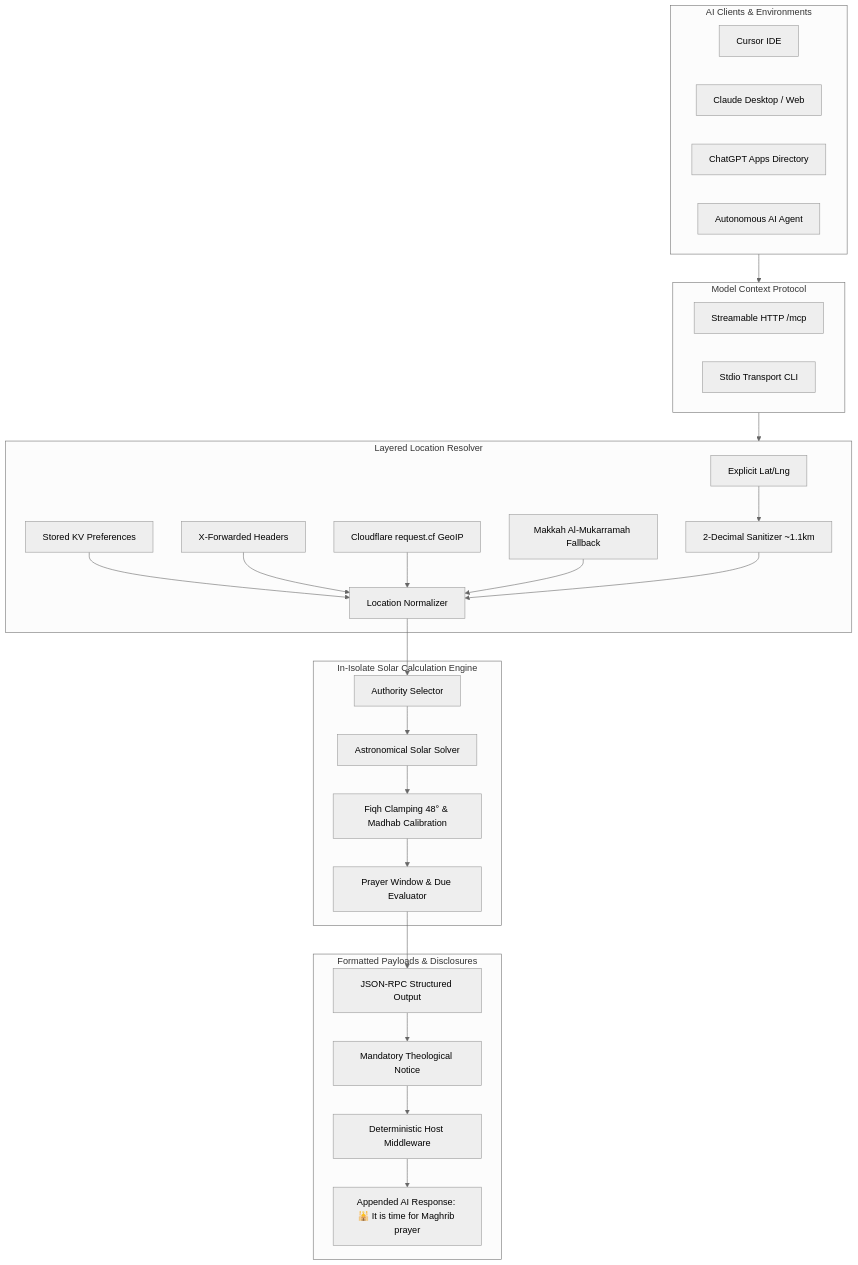
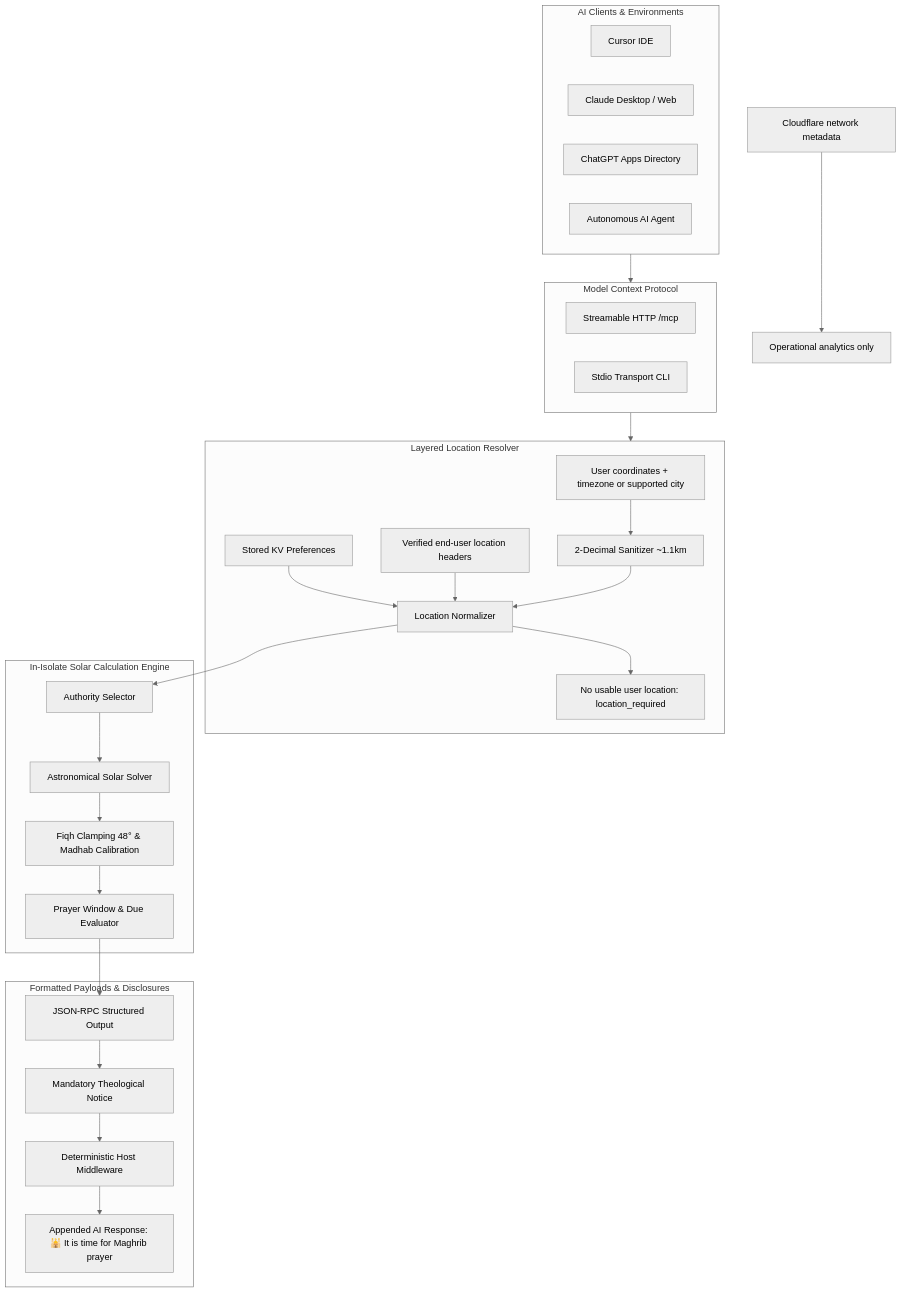
One commit to tareq7/muslim-prayer-mcp changed the diagram in README.md. Above: the diagram before and after it, drawn with Mermaid (neutral theme). The commit also changed other lines of this file and 33 other files, not shown here.

Commit message:
fix: require user location and disclose calculation adjustments

````diff
--- a/README.md
+++ b/README.md
@@ -90,40 +90,41 @@
 ```mermaid
 flowchart TD
     subgraph ClientLayer ["AI Clients & Environments"]
         Cursor["Cursor IDE"]
         Claude["Claude Desktop / Web"]
         ChatGPT["ChatGPT Apps Directory"]
         Agent["Autonomous AI Agent"]
     end
 
     subgraph TransportLayer ["Model Context Protocol"]
         HTTP["Streamable HTTP /mcp"]
         Stdio["Stdio Transport CLI"]
     end
 
     subgraph ResolverLayer ["Layered Location Resolver"]
-        Explicit["Explicit Lat/Lng"] --> Truncate["2-Decimal Sanitizer ~1.1km"]
+        Explicit["User coordinates + timezone or supported city"] --> Truncate["2-Decimal Sanitizer ~1.1km"]
         UserPref["Stored KV Preferences"] --> Resolver["Location Normalizer"]
-        Headers["X-Forwarded Headers"] --> Resolver
-        GeoIP["Cloudflare request.cf GeoIP"] --> Resolver
-        Fallback["Makkah Al-Mukarramah Fallback"] --> Resolver
+        Headers["Verified end-user location headers"] --> Resolver
+        Resolver --> Missing["No usable user location: location_required"]
         Truncate --> Resolver
     end
+
+    GeoIP["Cloudflare network metadata"] --> Analytics["Operational analytics only"]
 
     subgraph EngineLayer ["In-Isolate Solar Calculation Engine"]
         Resolver --> Authority["Authority Selector"]
         Authority --> AdhanEngine["Astronomical Solar Solver"]
         AdhanEngine --> FiqhRules["Fiqh Clamping 48° & Madhab Calibration"]
         FiqhRules --> DueLogic["Prayer Window & Due Evaluator"]
     end
 
     subgraph OutputLayer ["Formatted Payloads & Disclosures"]
         DueLogic --> MCPResponse["JSON-RPC Structured Output"]
         MCPResponse --> DisclosureNotice["Mandatory Theological Notice"]
         DisclosureNotice --> Middleware["Deterministic Host Middleware"]
         Middleware --> FinalOutput["Appended AI Response: 🕌 It is time for Maghrib prayer"]
     end
 
     ClientLayer --> TransportLayer
     TransportLayer --> ResolverLayer
 ```
````
